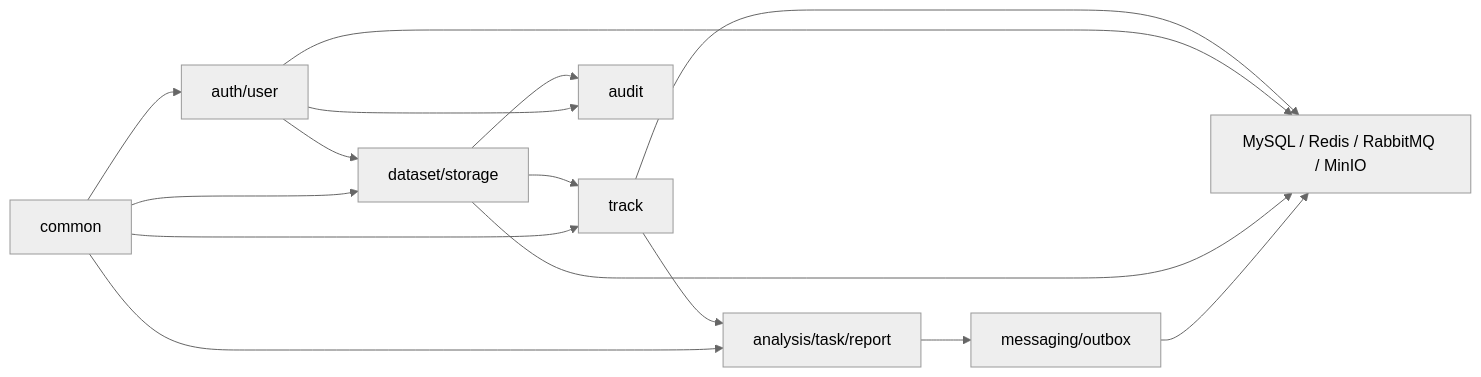
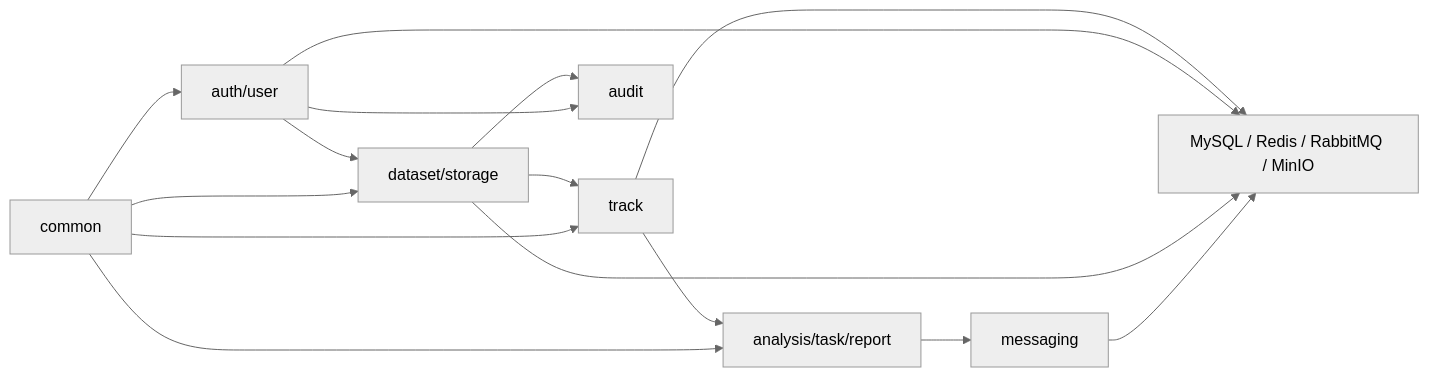
Before and after one commit to comi-master/track-evaluation-platform: the second of 3 diagrams in docs/architecture.md, drawn with Mermaid (neutral theme). The commit also changed other lines of this file and 8 other files, not shown here.

Commit message:
docs: simplify project roadmap to seven milestones

````diff
--- a/docs/architecture.md
+++ b/docs/architecture.md
@@ -21,25 +21,25 @@
 ```mermaid
 flowchart LR
     Common["common"]
     Auth["auth/user"]
     Dataset["dataset/storage"]
     Track["track"]
     Analysis["analysis/task/report"]
-    Delivery["messaging/outbox"]
+    Delivery["messaging"]
     Audit["audit"]
     Infra["MySQL / Redis / RabbitMQ / MinIO"]
     Common --> Auth
     Common --> Dataset
     Common --> Track
     Common --> Analysis
     Auth --> Dataset
     Dataset --> Track
     Track --> Analysis
     Analysis --> Delivery
     Auth --> Audit
     Dataset --> Audit
     Delivery --> Infra
     Dataset --> Infra
     Auth --> Infra
     Track --> Infra
 ```
````
